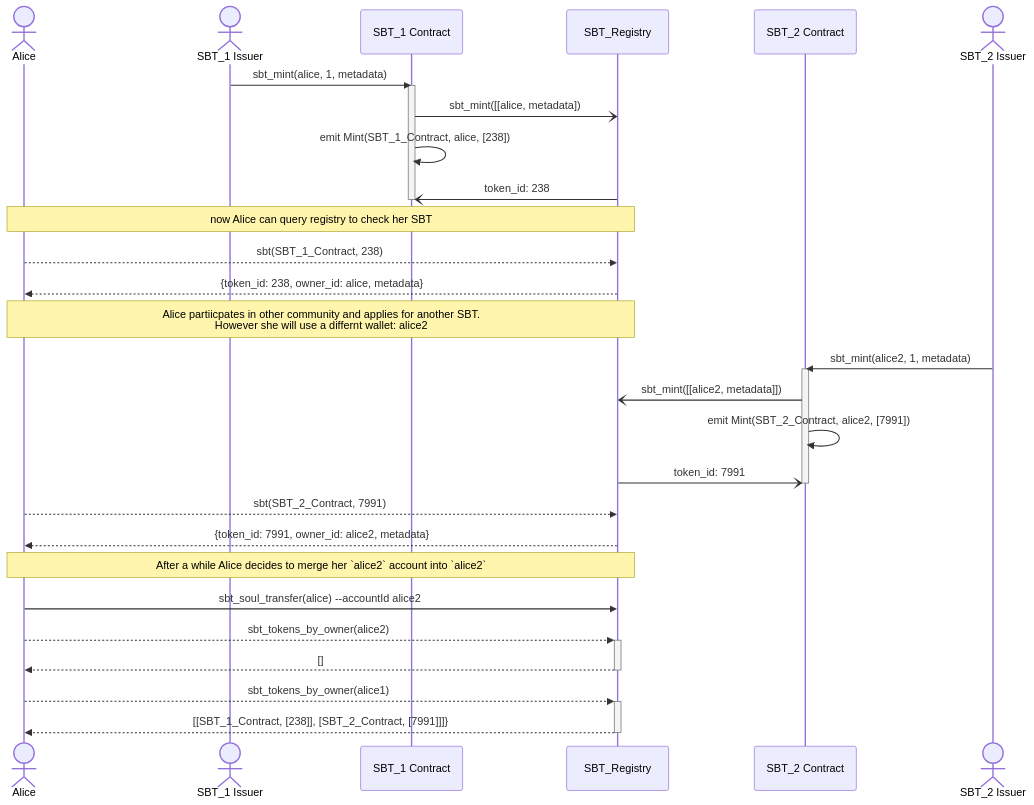
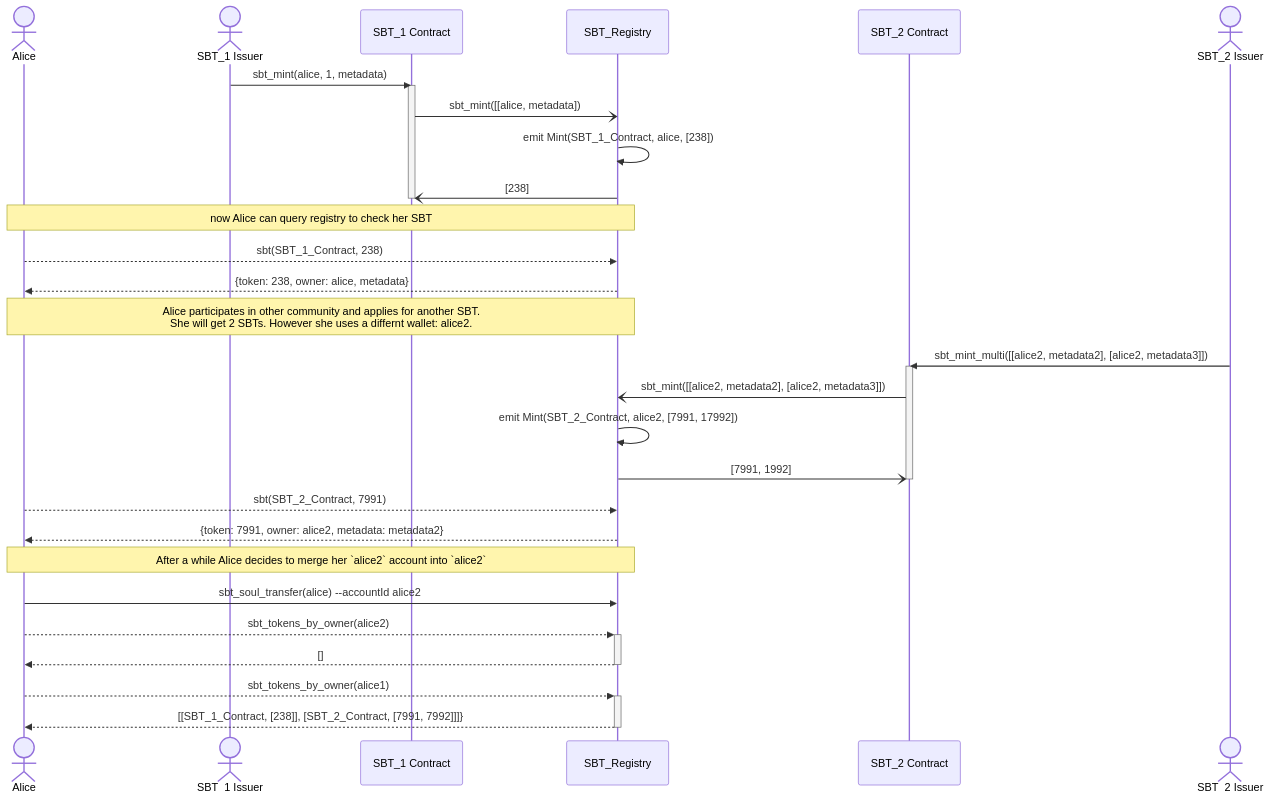
The diagram in specs/Standards/Sould Bound Token/README.md (near/NEPs), drawn with Mermaid before and after one commit. The commit also changed other lines of this file, not shown here.

Commit message:
use token instead of token_id, update diagram

````diff
--- a/specs/Standards/Sould Bound Token/README.md
+++ b/specs/Standards/Sould Bound Token/README.md
@@ -360,44 +360,44 @@
 ```mermaid
 sequenceDiagram
     actor Alice
     actor Issuer1 as SBT_1 Issuer
 
     participant SBT1 as SBT_1 Contract
     participant SBT_Registry
 
     Issuer1->>SBT1: sbt_mint(alice, 1, metadata)
     activate SBT1
     SBT1-)SBT_Registry: sbt_mint([[alice, metadata])
-    SBT1->>SBT1: emit Mint(SBT_1_Contract, alice, [238])
-    SBT_Registry-)SBT1: token_id: 238
+    SBT_Registry->>SBT_Registry: emit Mint(SBT_1_Contract, alice, [238])
+    SBT_Registry-)SBT1: [238]
     deactivate SBT1
 
     Note over Alice,SBT_Registry: now Alice can query registry to check her SBT
 
     Alice-->>SBT_Registry: sbt(SBT_1_Contract, 238)
-    SBT_Registry-->>Alice: {token_id: 238, owner_id: alice, metadata}
+    SBT_Registry-->>Alice: {token: 238, owner: alice, metadata}
 
-    Note over Alice,SBT_Registry: Alice partiicpates in other community and applies for another SBT. <br/> However she will use a differnt wallet: alice2
+    Note over Alice,SBT_Registry: Alice participates in other community and applies for another SBT.<br/> She will get 2 SBTs. However she uses a differnt wallet: alice2.
 
     participant SBT2 as SBT_2 Contract
     actor Issuer2 as SBT_2 Issuer
 
-    Issuer2->>SBT2: sbt_mint(alice2, 1, metadata)
+    Issuer2->>SBT2: sbt_mint_multi([[alice2, metadata2], [alice2, metadata3]])
     activate SBT2
-    SBT2-)SBT_Registry: sbt_mint([[alice2, metadata]])
-    SBT2->>SBT2: emit Mint(SBT_2_Contract, alice2, [7991])
-    SBT_Registry-)SBT2: token_id: 7991
+    SBT2-)SBT_Registry: sbt_mint([[alice2, metadata2], [alice2, metadata3]])
+    SBT_Registry->>SBT_Registry: emit Mint(SBT_2_Contract, alice2, [7991, 17992])
+    SBT_Registry-)SBT2: [7991, 1992]
     deactivate SBT2
 
     Alice-->>SBT_Registry: sbt(SBT_2_Contract, 7991)
-    SBT_Registry-->>Alice: {token_id: 7991, owner_id: alice2, metadata}
+    SBT_Registry-->>Alice: {token: 7991, owner: alice2, metadata: metadata2}
 
     Note over Alice,SBT_Registry: After a while Alice decides to merge her `alice2` account into `alice2`
     Alice->>SBT_Registry: sbt_soul_transfer(alice) --accountId alice2
 
     Alice-->>+SBT_Registry: sbt_tokens_by_owner(alice2)
     SBT_Registry-->>-Alice: []
 
     Alice-->>+SBT_Registry: sbt_tokens_by_owner(alice1)
-    SBT_Registry-->>-Alice: [[SBT_1_Contract, [238]], [SBT_2_Contract, [7991]]]}
+    SBT_Registry-->>-Alice: [[SBT_1_Contract, [238]], [SBT_2_Contract, [7991, 7992]]]}
 ```
````
